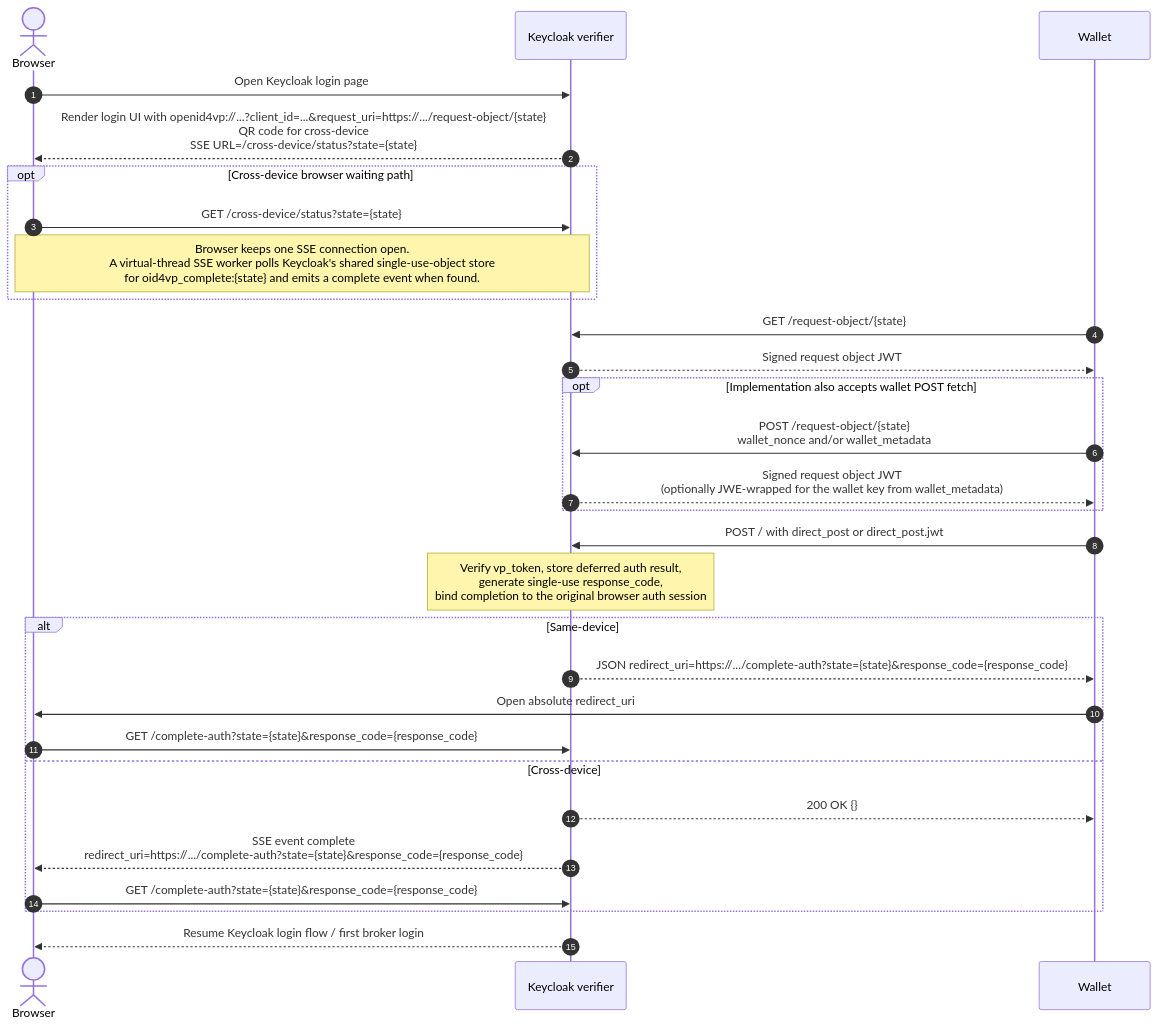
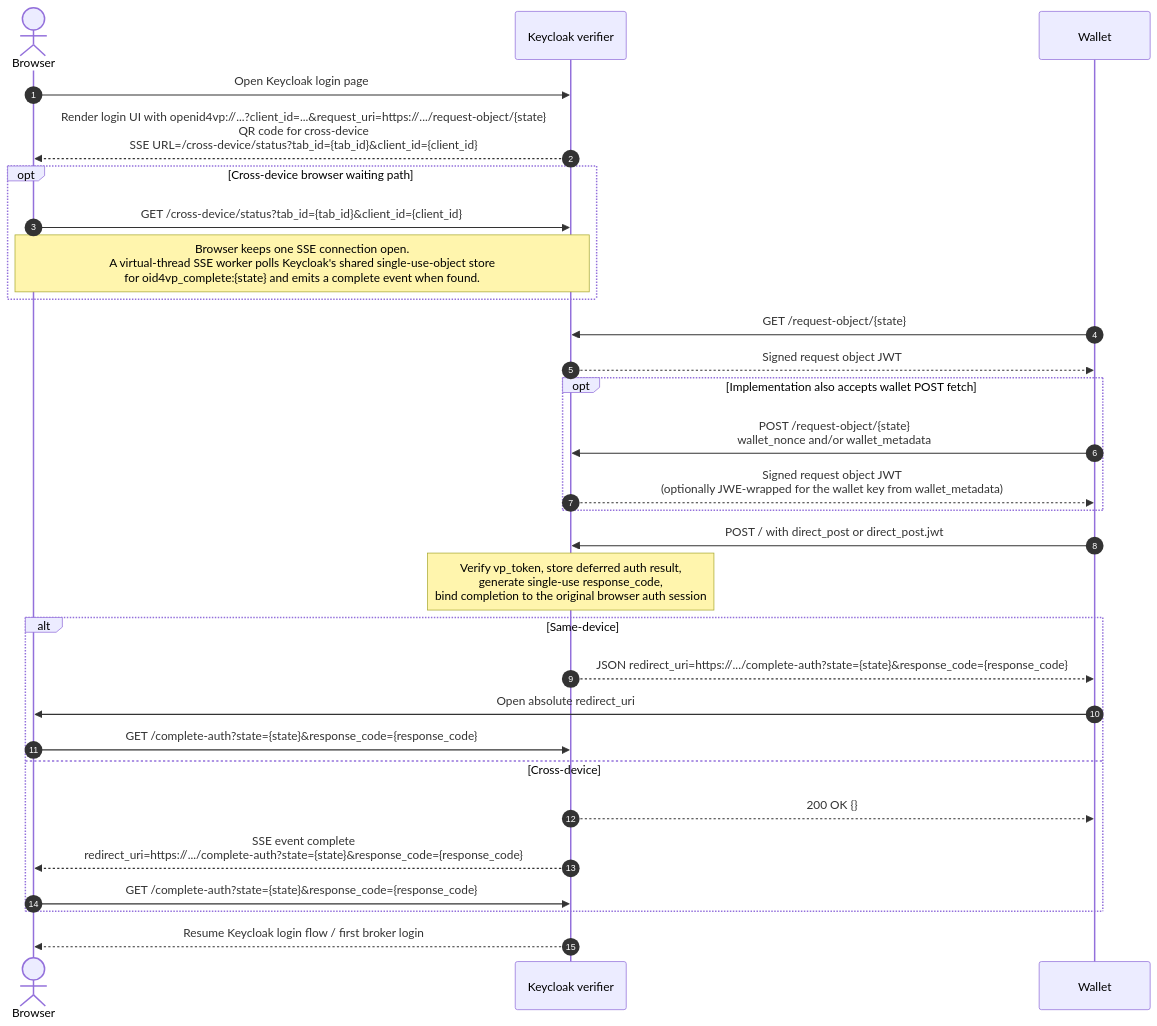
The first of 2 diagrams in docs/diagrams.md (ba-itsys/keycloak-extension-oid4vp), drawn with Mermaid before and after one commit. The commit also changed other lines of this file and 29 other files, not shown here.

Commit message:
feat: expire wallet request URIs per flow and offer fresh links from the login page

````diff
--- a/docs/diagrams.md
+++ b/docs/diagrams.md
@@ -10,38 +10,38 @@
 ```mermaid
 sequenceDiagram
     autonumber
     actor Browser
     participant Keycloak as Keycloak verifier
     participant Wallet
 
     Browser->>Keycloak: Open Keycloak login page
-    Keycloak-->>Browser: Render login UI with openid4vp://...?client_id=...&request_uri=https://.../request-object/{state}<br/>QR code for cross-device<br/>SSE URL=/cross-device/status?state={state}
+    Keycloak-->>Browser: Render login UI with openid4vp://...?client_id=...&request_uri=https://.../request-object/{state}<br/>QR code for cross-device<br/>SSE URL=/cross-device/status?tab_id={tab_id}&client_id={client_id}
 
     opt Cross-device browser waiting path
-        Browser->>Keycloak: GET /cross-device/status?state={state}
+        Browser->>Keycloak: GET /cross-device/status?tab_id={tab_id}&client_id={client_id}
         Note over Browser,Keycloak: Browser keeps one SSE connection open.<br/>A virtual-thread SSE worker polls Keycloak's shared single-use-object store<br/>for oid4vp_complete:{state} and emits a complete event when found.
     end
 
     Wallet->>Keycloak: GET /request-object/{state}
     Keycloak-->>Wallet: Signed request object JWT
 
     opt Implementation also accepts wallet POST fetch
         Wallet->>Keycloak: POST /request-object/{state}<br/>wallet_nonce and/or wallet_metadata
         Keycloak-->>Wallet: Signed request object JWT<br/>(optionally JWE-wrapped for the wallet key from wallet_metadata)
     end
 
     Wallet->>Keycloak: POST / with direct_post or direct_post.jwt
     Note over Keycloak: Verify vp_token, store deferred auth result,<br/>generate single-use response_code,<br/>bind completion to the original browser auth session
 
     alt Same-device
         Keycloak-->>Wallet: JSON redirect_uri=https://.../complete-auth?state={state}&response_code={response_code}
         Wallet->>Browser: Open absolute redirect_uri
         Browser->>Keycloak: GET /complete-auth?state={state}&response_code={response_code}
     else Cross-device
         Keycloak-->>Wallet: 200 OK {}
         Keycloak-->>Browser: SSE event complete<br/>redirect_uri=https://.../complete-auth?state={state}&response_code={response_code}
         Browser->>Keycloak: GET /complete-auth?state={state}&response_code={response_code}
     end
 
     Keycloak-->>Browser: Resume Keycloak login flow / first broker login
 ```
````
